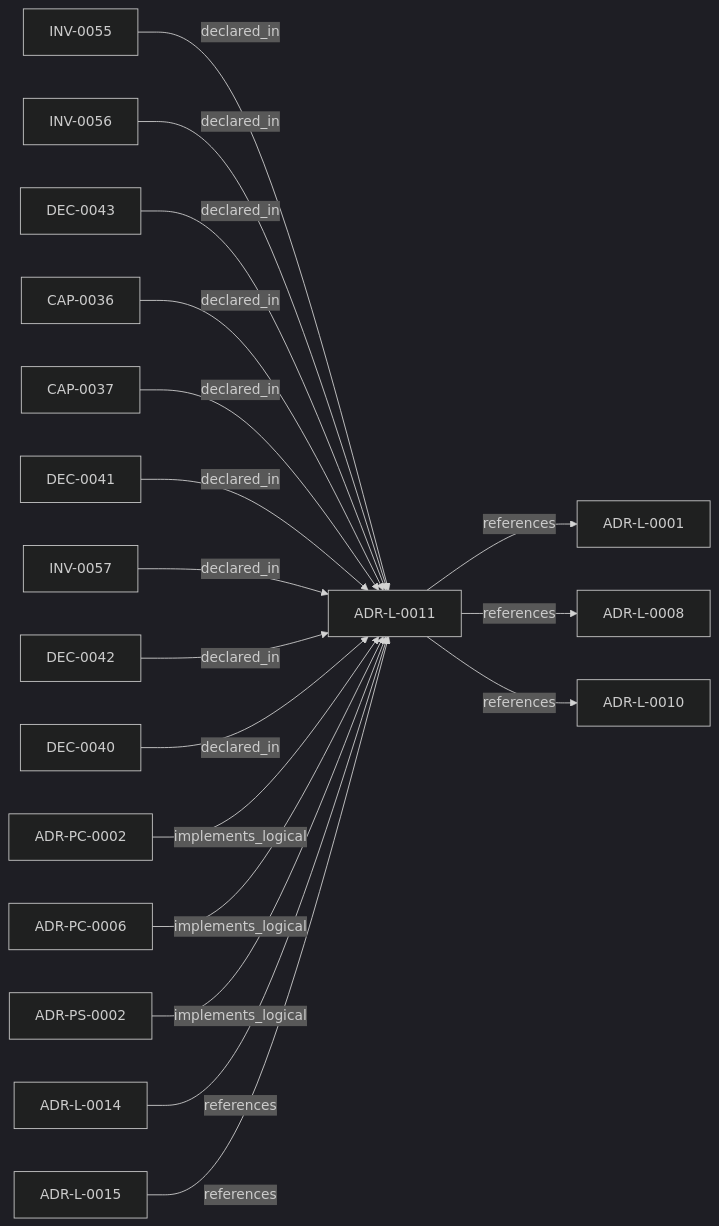
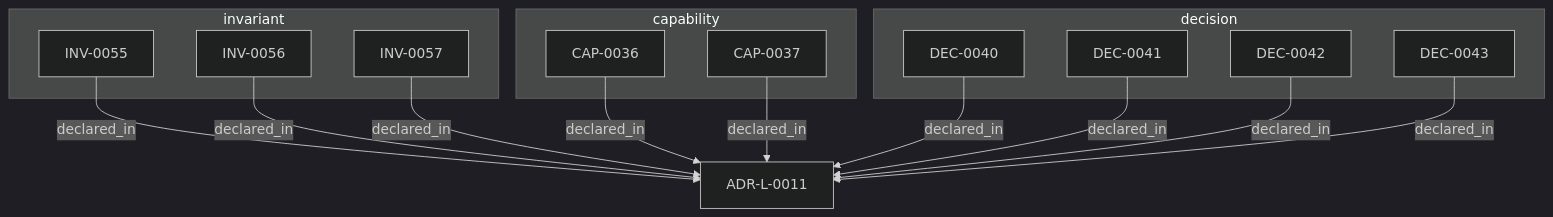
Before and after one commit to egallmann/adr-architecture-kit: the second of 2 diagrams in adrs/adr-projection/logical/ADR-L-0011-metadata-schemas-and-remediation-ledger-enforcement.md, drawn with Mermaid (dark theme). The commit also changed other lines of this file and 177 other files, not shown here.

````diff
--- a/adrs/adr-projection/logical/ADR-L-0011-metadata-schemas-and-remediation-ledger-enforcement.md
+++ b/adrs/adr-projection/logical/ADR-L-0011-metadata-schemas-and-remediation-ledger-enforcement.md
@@ -41,38 +108,28 @@
 ```mermaid
-flowchart LR
-  n_019fee89_e615_70a5_861b_b2dde147e5af["ADR-L-0001"]
-  n_019fee89_e616_7066_8d2f_3acc7f469f72["ADR-L-0008"]
-  n_019fee89_e616_713a_b73d_fec9a62b6bfb["INV-0055"]
-  n_019fee89_e616_71a8_bd3f_d739b5ccf91e["INV-0056"]
-  n_019fee89_e616_748c_a114_227a14f5fef8["DEC-0043"]
-  n_019fee89_e616_7628_913b_a059c1057c36["ADR-L-0014"]
-  n_019fee89_e616_7755_bd39_ab6dde87eb86["CAP-0036"]
-  n_019fee89_e616_79ea_b43e_32a8705441ec["CAP-0037"]
-  n_019fee89_e616_7a04_a927_19a373014476["DEC-0041"]
-  n_019fee89_e616_7a17_850f_ce32ede3c9c5["INV-0057"]
+flowchart TB
   n_019fee89_e616_7b97_971d_ae165d13bf9c["ADR-L-0011"]
-  n_019fee89_e616_7d61_8e35_f11ba2ddd75d["ADR-L-0010"]
-  n_019fee89_e616_7d89_8e31_8090d0f91310["DEC-0042"]
-  n_019fee89_e616_7de2_b63b_577b2c2d53f4["DEC-0040"]
-  n_019fee89_e617_7d2b_8325_cd85ff814477["ADR-PC-0002"]
-  n_019fee89_e617_7e69_861a_f3040f70c2d9["ADR-L-0015"]
-  n_019fee89_e618_7787_b43f_a3e5cb264dd5["ADR-PC-0006"]
-  n_019fee89_e618_7d04_9337_4aa2d3258507["ADR-PS-0002"]
+  subgraph sg_capability["capability"]
+    n_019fee89_e616_7755_bd39_ab6dde87eb86["CAP-0036"]
+    n_019fee89_e616_79ea_b43e_32a8705441ec["CAP-0037"]
+  end
+  subgraph sg_decision["decision"]
+    n_019fee89_e616_7de2_b63b_577b2c2d53f4["DEC-0040"]
+    n_019fee89_e616_7a04_a927_19a373014476["DEC-0041"]
+    n_019fee89_e616_7d89_8e31_8090d0f91310["DEC-0042"]
+    n_019fee89_e616_748c_a114_227a14f5fef8["DEC-0043"]
+  end
+  subgraph sg_invariant["invariant"]
+    n_019fee89_e616_713a_b73d_fec9a62b6bfb["INV-0055"]
+    n_019fee89_e616_71a8_bd3f_d739b5ccf91e["INV-0056"]
+    n_019fee89_e616_7a17_850f_ce32ede3c9c5["INV-0057"]
+  end
   n_019fee89_e616_713a_b73d_fec9a62b6bfb -->|"declared_in"| n_019fee89_e616_7b97_971d_ae165d13bf9c
   n_019fee89_e616_71a8_bd3f_d739b5ccf91e -->|"declared_in"| n_019fee89_e616_7b97_971d_ae165d13bf9c
   n_019fee89_e616_748c_a114_227a14f5fef8 -->|"declared_in"| n_019fee89_e616_7b97_971d_ae165d13bf9c
   n_019fee89_e616_7755_bd39_ab6dde87eb86 -->|"declared_in"| n_019fee89_e616_7b97_971d_ae165d13bf9c
   n_019fee89_e616_79ea_b43e_32a8705441ec -->|"declared_in"| n_019fee89_e616_7b97_971d_ae165d13bf9c
   n_019fee89_e616_7a04_a927_19a373014476 -->|"declared_in"| n_019fee89_e616_7b97_971d_ae165d13bf9c
   n_019fee89_e616_7a17_850f_ce32ede3c9c5 -->|"declared_in"| n_019fee89_e616_7b97_971d_ae165d13bf9c
   n_019fee89_e616_7d89_8e31_8090d0f91310 -->|"declared_in"| n_019fee89_e616_7b97_971d_ae165d13bf9c
   n_019fee89_e616_7de2_b63b_577b2c2d53f4 -->|"declared_in"| n_019fee89_e616_7b97_971d_ae165d13bf9c
-  n_019fee89_e617_7d2b_8325_cd85ff814477 -->|"implements_logical"| n_019fee89_e616_7b97_971d_ae165d13bf9c
-  n_019fee89_e618_7787_b43f_a3e5cb264dd5 -->|"implements_logical"| n_019fee89_e616_7b97_971d_ae165d13bf9c
-  n_019fee89_e618_7d04_9337_4aa2d3258507 -->|"implements_logical"| n_019fee89_e616_7b97_971d_ae165d13bf9c
-  n_019fee89_e616_7628_913b_a059c1057c36 -->|"references"| n_019fee89_e616_7b97_971d_ae165d13bf9c
-  n_019fee89_e616_7b97_971d_ae165d13bf9c -->|"references"| n_019fee89_e615_70a5_861b_b2dde147e5af
-  n_019fee89_e616_7b97_971d_ae165d13bf9c -->|"references"| n_019fee89_e616_7066_8d2f_3acc7f469f72
-  n_019fee89_e616_7b97_971d_ae165d13bf9c -->|"references"| n_019fee89_e616_7d61_8e35_f11ba2ddd75d
-  n_019fee89_e617_7e69_861a_f3040f70c2d9 -->|"references"| n_019fee89_e616_7b97_971d_ae165d13bf9c
 ```
````
